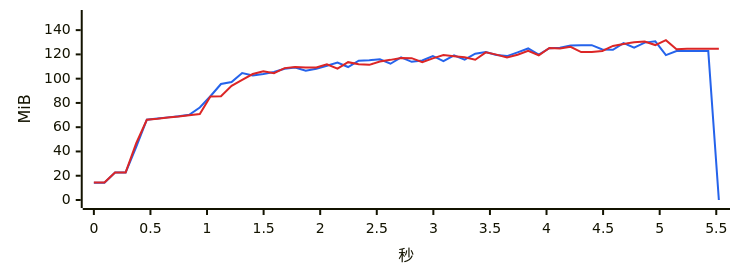
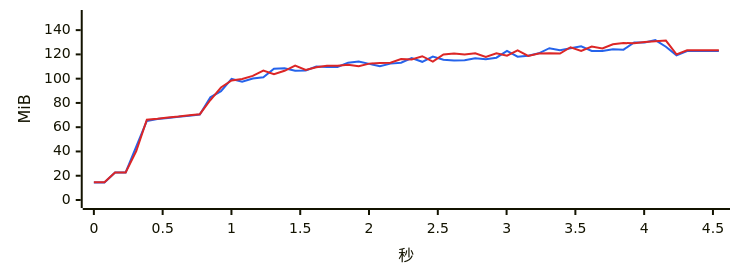
One commit to 334456777/WeFlow changed the seventh of 17 diagrams in bench/v2.0.0/summary.md. Above: the diagram before and after it, drawn with Mermaid. The commit also changed other lines of this file and 3 other files, not shown here.

````diff
--- a/bench/v2.0.0/summary.md
+++ b/bench/v2.0.0/summary.md
@@ -356,8 +353,8 @@
 ```mermaid
 %%{init: {"xyChart": {"width": 720, "height": 260}, "themeVariables": {"xyChart": {"plotColorPalette": "#2563eb, #dc2626"}}}}%%
 xychart-beta
-    x-axis "秒" 0 --> 5.523
+    x-axis "秒" 0 --> 4.543
     y-axis "MiB" 0 --> 150
-    line [14.3, 14.3, 22.7, 22.7, 43.8, 66.2, 67.2, 68.1, 69.1, 70.2, 76.2, 85.5, 95.6, 97.2, 104.7, 102.7, 103.8, 105.5, 108.2, 109.1, 106.6, 108.1, 110.7, 113.3, 109.6, 114.8, 115.1, 116.0, 112.3, 117.5, 113.9, 115.0, 118.7, 114.4, 119.2, 115.6, 120.6, 121.9, 119.5, 118.6, 121.7, 124.9, 119.9, 125.1, 125.4, 127.3, 127.5, 127.6, 124.0, 123.8, 129.3, 125.6, 129.7, 130.8, 119.4, 122.7, 122.7, 122.7, 122.7, 0.0]
-    line [14.4, 14.4, 22.7, 22.7, 46.8, 66.1, 66.9, 67.9, 68.8, 69.9, 70.9, 85.3, 85.6, 94.1, 99.1, 103.8, 106.1, 104.5, 108.7, 109.6, 109.2, 109.3, 111.8, 108.2, 113.6, 111.8, 111.4, 114.1, 115.5, 117.1, 116.9, 113.6, 116.7, 119.4, 118.5, 117.6, 115.6, 121.7, 119.8, 117.5, 119.7, 122.9, 119.3, 125.3, 124.9, 126.2, 121.9, 122.0, 122.8, 127.0, 128.6, 130.1, 130.6, 127.7, 131.7, 124.3, 124.7, 124.7, 124.7, 124.7]
+    line [14.4, 14.4, 22.7, 22.7, 43.9, 65.2, 66.7, 67.5, 68.6, 69.4, 70.5, 84.6, 89.7, 99.8, 97.5, 100.2, 101.2, 108.1, 108.5, 106.6, 106.8, 110.0, 109.6, 109.6, 113.2, 114.1, 112.2, 110.3, 112.4, 113.1, 116.9, 113.9, 118.2, 115.6, 115.0, 115.2, 116.9, 116.0, 117.3, 122.9, 118.1, 118.9, 120.9, 125.1, 123.5, 125.0, 126.7, 122.9, 122.9, 124.3, 123.9, 129.8, 129.9, 131.8, 126.3, 119.3, 122.8, 122.8, 122.8, 122.8]
+    line [14.7, 14.7, 22.7, 22.7, 40.2, 66.1, 66.9, 68.0, 68.8, 69.9, 70.7, 82.4, 92.7, 98.5, 99.7, 102.3, 106.7, 103.6, 106.5, 110.8, 107.2, 109.4, 110.6, 110.6, 111.5, 110.2, 112.4, 113.0, 113.2, 116.2, 115.9, 118.5, 114.0, 119.9, 120.7, 120.0, 120.9, 117.9, 120.9, 118.9, 123.3, 118.8, 120.7, 120.9, 120.7, 125.9, 122.8, 126.4, 124.9, 128.4, 129.4, 129.1, 130.2, 130.9, 131.4, 120.0, 123.4, 123.4, 123.4, 123.5]
 ```
````
